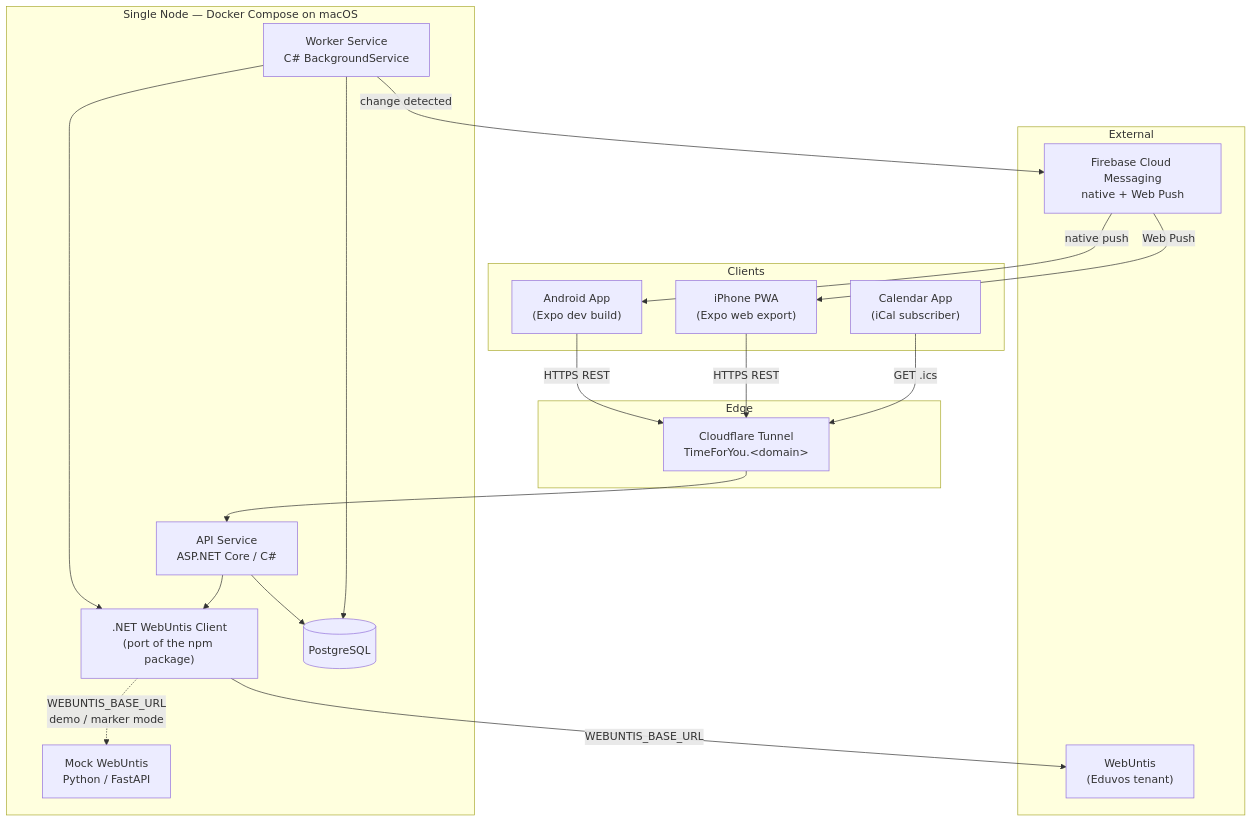
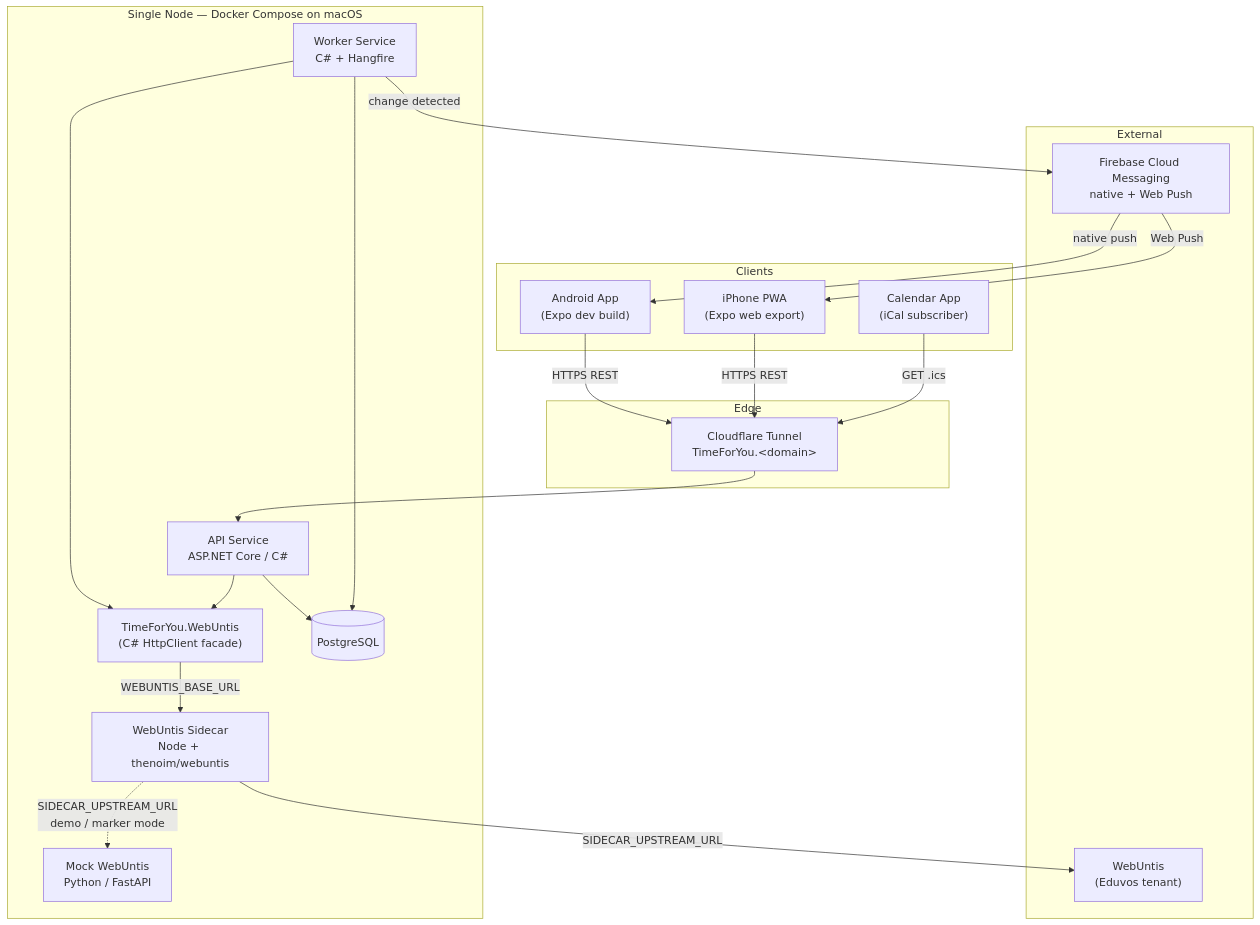
One commit to nbence-dev/TimeForYou changed the third of 5 diagrams in PROJECT-BRIEF.md. Above: the diagram before and after it, drawn with Mermaid. The commit also changed other lines of this file and 4 other files, not shown here.

````diff
--- a/PROJECT-BRIEF.md
+++ b/PROJECT-BRIEF.md
@@ -604,42 +646,45 @@
 ```mermaid
 flowchart TB
     subgraph Clients["Clients"]
         AND["Android App<br/>(Expo dev build)"]
         IOS["iPhone PWA<br/>(Expo web export)"]
         CAL["Calendar App<br/>(iCal subscriber)"]
     end
 
     subgraph Edge["Edge"]
         CF["Cloudflare Tunnel<br/>TimeForYou.&lt;domain&gt;"]
     end
 
     subgraph Node["Single Node — Docker Compose on macOS"]
         API["API Service<br/>ASP.NET Core / C#"]
-        WORK["Worker Service<br/>C# BackgroundService"]
-        WU[".NET WebUntis Client<br/>(port of the npm package)"]
+        WORK["Worker Service<br/>C# + Hangfire"]
+        WU["TimeForYou.WebUntis<br/>(C# HttpClient facade)"]
+        SIDE["WebUntis Sidecar<br/>Node + thenoim/webuntis"]
         DB[("PostgreSQL")]
         MOCK["Mock WebUntis<br/>Python / FastAPI"]
     end
 
     subgraph External["External"]
         REAL["WebUntis<br/>(Eduvos tenant)"]
         FCM["Firebase Cloud Messaging<br/>native + Web Push"]
     end
 
     AND -->|HTTPS REST| CF
     IOS -->|HTTPS REST| CF
     CAL -->|GET .ics| CF
     CF --> API
 
     API --> DB
     WORK --> DB
     WORK --> WU
     API --> WU
 
-    WU -->|WEBUNTIS_BASE_URL| REAL
-    WU -.->|WEBUNTIS_BASE_URL<br/>demo / marker mode| MOCK
+    WU -->|WEBUNTIS_BASE_URL| SIDE
+
+    SIDE -->|SIDECAR_UPSTREAM_URL| REAL
+    SIDE -.->|SIDECAR_UPSTREAM_URL<br/>demo / marker mode| MOCK
 
     WORK -->|change detected| FCM
     FCM -->|native push| AND
     FCM -->|Web Push| IOS
 ```
````
